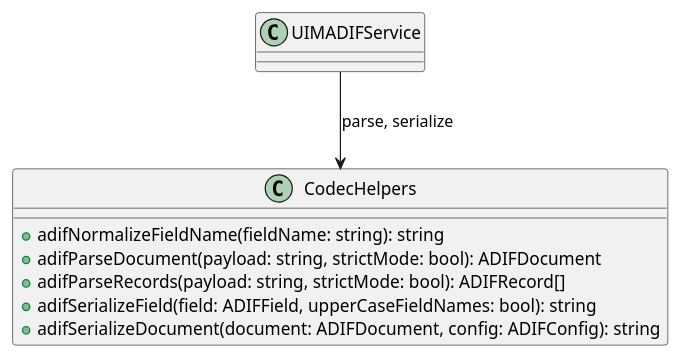
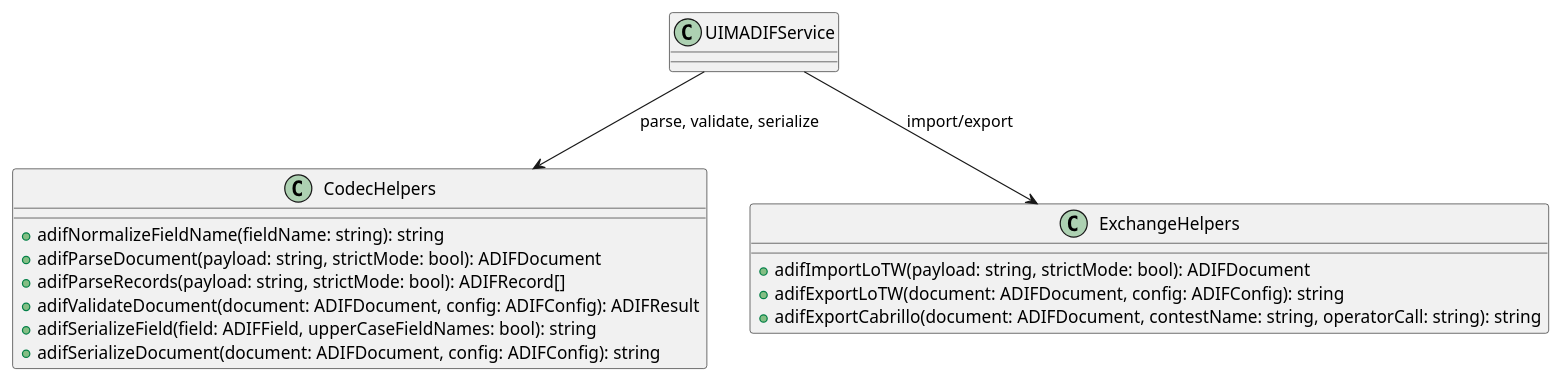
One commit to UIMSolutions/uim-protocols changed the second of 3 diagrams in adif/UML.md. Above: the diagram before and after it, drawn with PlantUML. The commit also changed other lines of this file and 13 other files, not shown here.

Commit message:
feat(adif): add LoTW and Cabrillo export/import functionality with validation checks

````diff
--- a/adif/UML.md
+++ b/adif/UML.md
@@ -63,15 +69,23 @@
 ```plantuml
 @startuml ADIF_Helpers
 
 class CodecHelpers {
   + adifNormalizeFieldName(fieldName: string): string
   + adifParseDocument(payload: string, strictMode: bool): ADIFDocument
   + adifParseRecords(payload: string, strictMode: bool): ADIFRecord[]
+  + adifValidateDocument(document: ADIFDocument, config: ADIFConfig): ADIFResult
   + adifSerializeField(field: ADIFField, upperCaseFieldNames: bool): string
   + adifSerializeDocument(document: ADIFDocument, config: ADIFConfig): string
 }
 
-UIMADIFService --> CodecHelpers : parse, serialize
+class ExchangeHelpers {
+  + adifImportLoTW(payload: string, strictMode: bool): ADIFDocument
+  + adifExportLoTW(document: ADIFDocument, config: ADIFConfig): string
+  + adifExportCabrillo(document: ADIFDocument, contestName: string, operatorCall: string): string
+}
+
+UIMADIFService --> CodecHelpers : parse, validate, serialize
+UIMADIFService --> ExchangeHelpers : import/export
 
 @enduml
 ```
````
